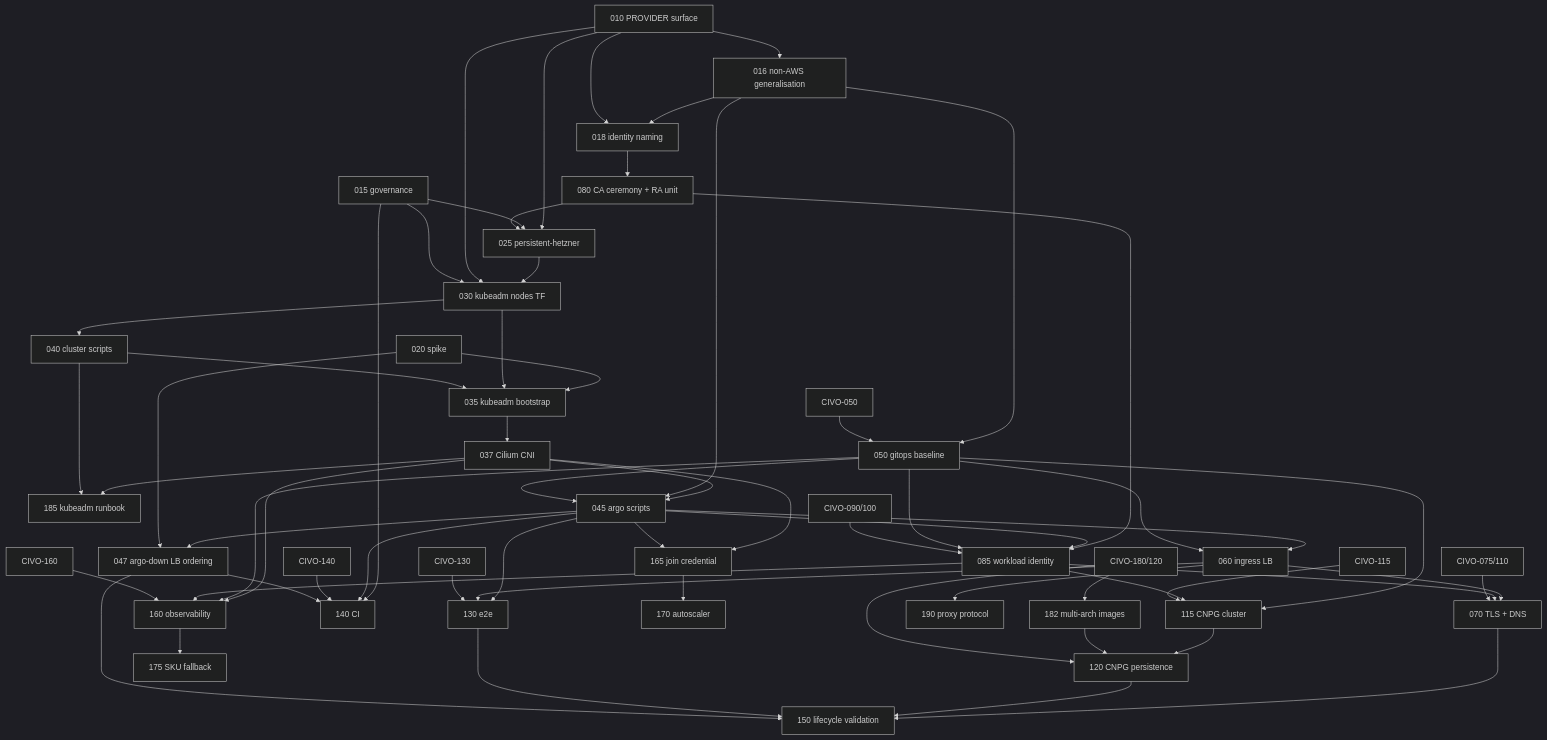
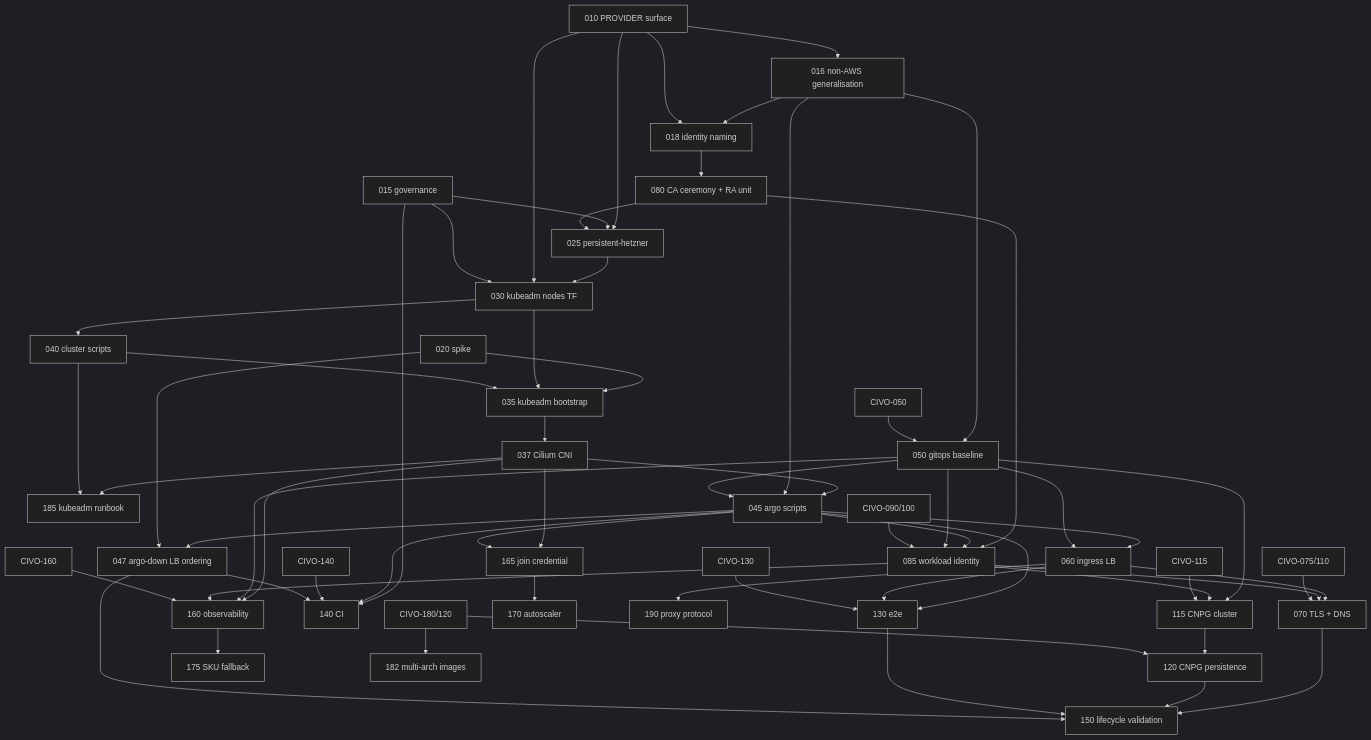
The diagram in specs/hetzner/roadmap.md (savak1990/vk-lab-platform), drawn with Mermaid (dark theme) before and after one commit. The commit also changed other lines of this file and 8 other files, not shown here.

````diff
--- a/specs/hetzner/roadmap.md
+++ b/specs/hetzner/roadmap.md
@@ -13,63 +13,62 @@
 ```mermaid
 flowchart TD
   010[010 PROVIDER surface] --> 016[016 non-AWS generalisation]
   016 --> 018[018 identity naming]
   010 --> 018
   010 --> 025[025 persistent-hetzner]
   015[015 governance] --> 025
   015 --> 140[140 CI]
   020[020 spike] --> 035[035 kubeadm bootstrap]
   025 --> 030[030 kubeadm nodes TF]
   010 --> 030
   015 --> 030
   030 --> 040[040 cluster scripts]
   030 --> 035
   040 --> 035
   035 --> 037[037 Cilium CNI]
   037 --> 045[045 argo scripts]
   016 --> 045
   050[050 gitops baseline] --> 045
   016 --> 050
   C050[CIVO-050] --> 050
   045 --> 060[060 ingress LB]
   050 --> 060
   045 --> 047[047 argo-down LB ordering]
   020 --> 047
   018 --> 080[080 CA ceremony + RA unit]
   080 --> 025
   080 --> 085[085 workload identity]
   045 --> 085
   050 --> 085
   C090[CIVO-090/100] --> 085
   060 --> 070[070 TLS + DNS]
   085 --> 070
   C075[CIVO-075/110] --> 070
   050 --> 115[115 CNPG cluster]
   085 --> 115
   C115[CIVO-115] --> 115
   115 --> 120[120 CNPG persistence]
-  182[182 multi-arch images] --> 120
   C180[CIVO-180/120] --> 120
-  C180 --> 182
+  C180 --> 182[182 multi-arch images]
   045 --> 130[130 e2e]
   060 --> 130
   C130[CIVO-130] --> 130
   045 --> 140
   C140[CIVO-140] --> 140
   037 --> 160[160 observability]
   050 --> 160
   085 --> 160
   C160[CIVO-160] --> 160
   070 --> 150[150 lifecycle validation]
   120 --> 150
   130 --> 150
   047 --> 150
   047 --> 140
   037 --> 165[165 join credential]
   045 --> 165
   165 --> 170[170 autoscaler]
   037 --> 185[185 kubeadm runbook]
   040 --> 185
   160 --> 175[175 SKU fallback]
   060 --> 190[190 proxy protocol]
 ```
````
